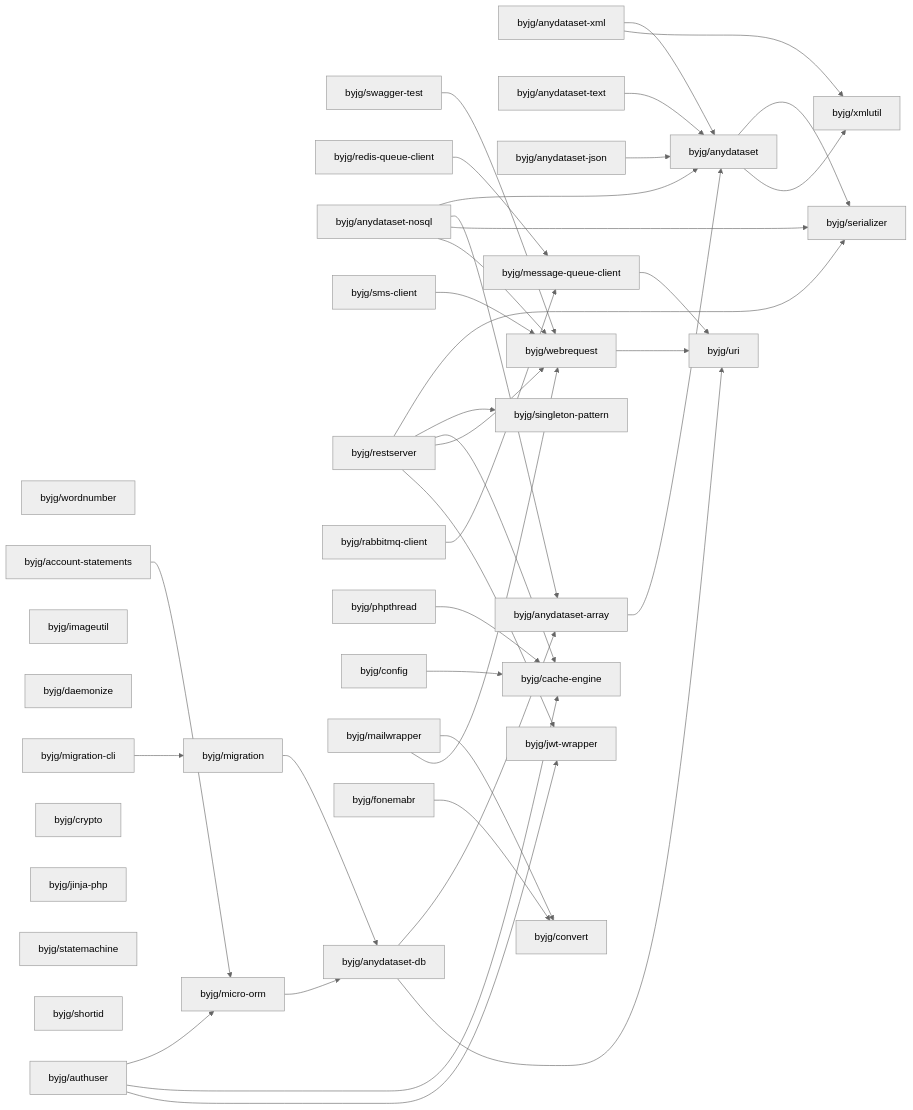
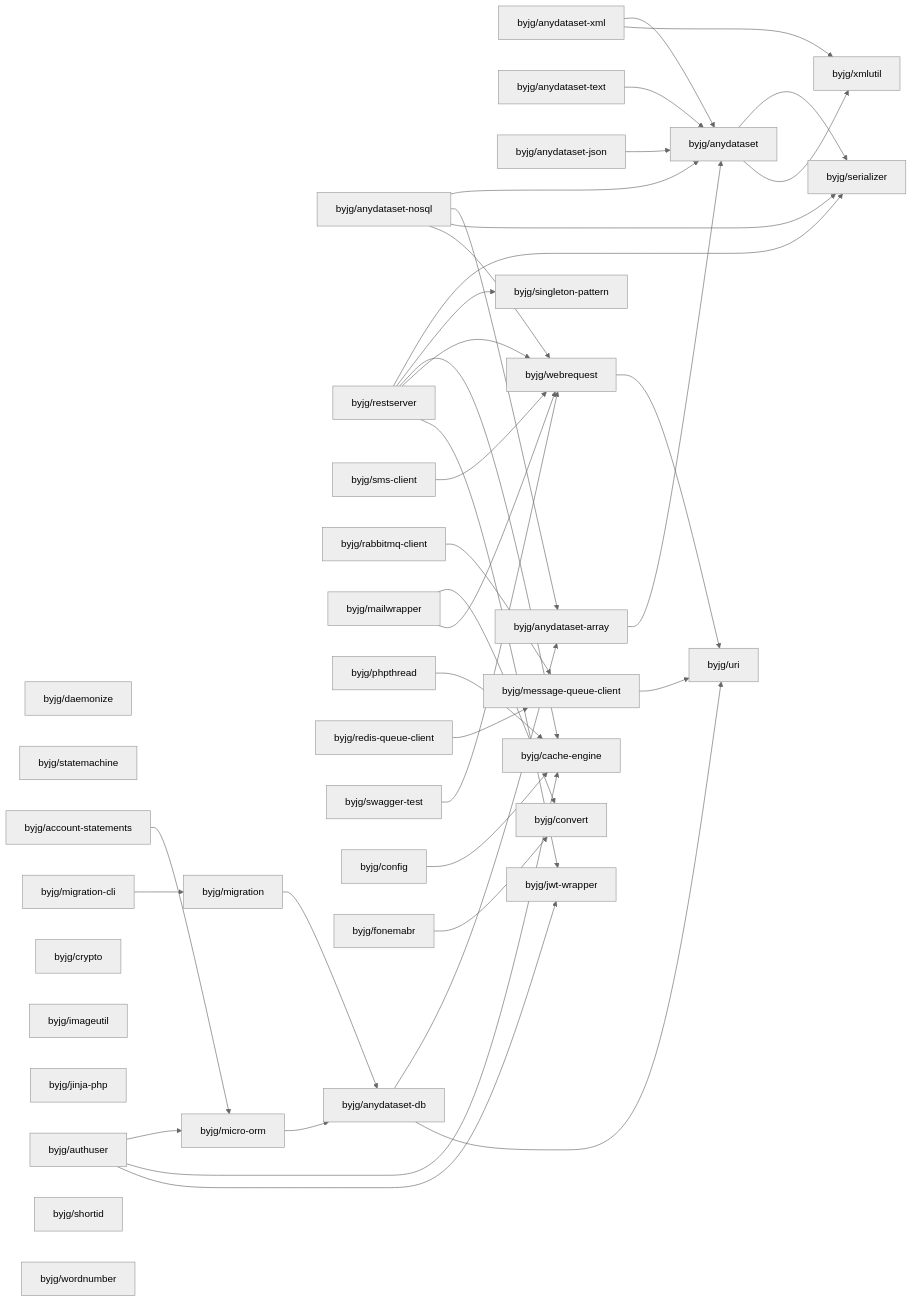
One commit to byjg/byjg.github.io changed the diagram in docs/php/README.md. Above: the diagram before and after it, drawn with Mermaid (neutral theme). The commit also changed other lines of this file and 1 other file, not shown here.

Commit message:
Update documentation 'php' 'php-anydataset-db'

````diff
--- a/docs/php/README.md
+++ b/docs/php/README.md
@@ -3,76 +3,76 @@
 ```mermaid
 graph LR;
-  byjg/wordnumber;
-  byjg/swagger-test;
+  byjg/anydataset-xml;
+  byjg/anydataset-nosql;
+  byjg/daemonize;
+  byjg/statemachine;
+  byjg/restserver;
+  byjg/sms-client;
+  byjg/rabbitmq-client;
+  byjg/mailwrapper;
+  byjg/phpthread;
+  byjg/account-statements;
   byjg/redis-queue-client;
   byjg/migration-cli;
-  byjg/anydataset-nosql;
-  byjg/sms-client;
+  byjg/crypto;
+  byjg/swagger-test;
+  byjg/config;
+  byjg/anydataset-text;
   byjg/imageutil;
-  byjg/restserver;
-  byjg/daemonize;
-  byjg/rabbitmq-client;
-  byjg/phpthread;
-  byjg/anydataset-xml;
-  byjg/config;
-  byjg/account-statements;
-  byjg/crypto;
   byjg/jinja-php;
-  byjg/anydataset-text;
-  byjg/mailwrapper;
-  byjg/statemachine;
+  byjg/authuser;
   byjg/shortid;
-  byjg/authuser;
+  byjg/wordnumber;
+  byjg/anydataset-json;
   byjg/fonemabr;
-  byjg/anydataset-json;
-  byjg/migration;
   byjg/singleton-pattern;
   byjg/message-queue-client;
+  byjg/migration;
   byjg/webrequest;
   byjg/micro-orm;
   byjg/cache-engine;
   byjg/jwt-wrapper;
   byjg/convert;
   byjg/anydataset-db;
   byjg/anydataset-array;
   byjg/uri;
   byjg/anydataset;
   byjg/serializer;
   byjg/xmlutil;
   byjg/phpthread --> byjg/cache-engine;
   byjg/micro-orm --> byjg/anydataset-db;
   byjg/authuser --> byjg/micro-orm;
   byjg/authuser --> byjg/cache-engine;
   byjg/authuser --> byjg/jwt-wrapper;
   byjg/anydataset-array --> byjg/anydataset;
   byjg/restserver --> byjg/serializer;
   byjg/restserver --> byjg/singleton-pattern;
   byjg/restserver --> byjg/cache-engine;
   byjg/restserver --> byjg/webrequest;
   byjg/restserver --> byjg/jwt-wrapper;
   byjg/mailwrapper --> byjg/convert;
   byjg/mailwrapper --> byjg/webrequest;
   byjg/swagger-test --> byjg/webrequest;
   byjg/migration --> byjg/anydataset-db;
   byjg/account-statements --> byjg/micro-orm;
   byjg/anydataset --> byjg/serializer;
   byjg/anydataset --> byjg/xmlutil;
   byjg/fonemabr --> byjg/convert;
   byjg/anydataset-xml --> byjg/anydataset;
   byjg/anydataset-xml --> byjg/xmlutil;
   byjg/webrequest --> byjg/uri;
   byjg/config --> byjg/cache-engine;
   byjg/migration-cli --> byjg/migration;
   byjg/anydataset-text --> byjg/anydataset;
   byjg/message-queue-client --> byjg/uri;
   byjg/anydataset-json --> byjg/anydataset;
   byjg/anydataset-nosql --> byjg/anydataset;
   byjg/anydataset-nosql --> byjg/anydataset-array;
   byjg/anydataset-nosql --> byjg/serializer;
   byjg/anydataset-nosql --> byjg/webrequest;
   byjg/anydataset-db --> byjg/anydataset-array;
   byjg/anydataset-db --> byjg/uri;
   byjg/rabbitmq-client --> byjg/message-queue-client;
   byjg/redis-queue-client --> byjg/message-queue-client;
   byjg/sms-client --> byjg/webrequest;
 ```
````
